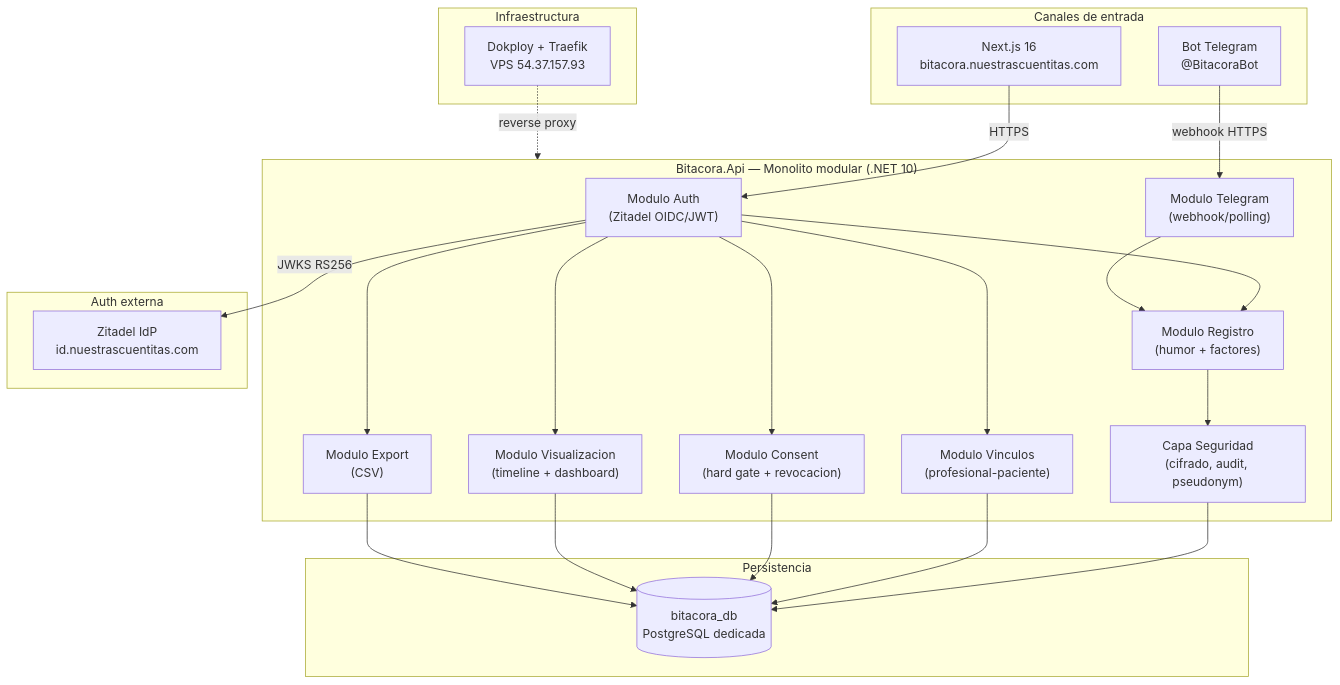
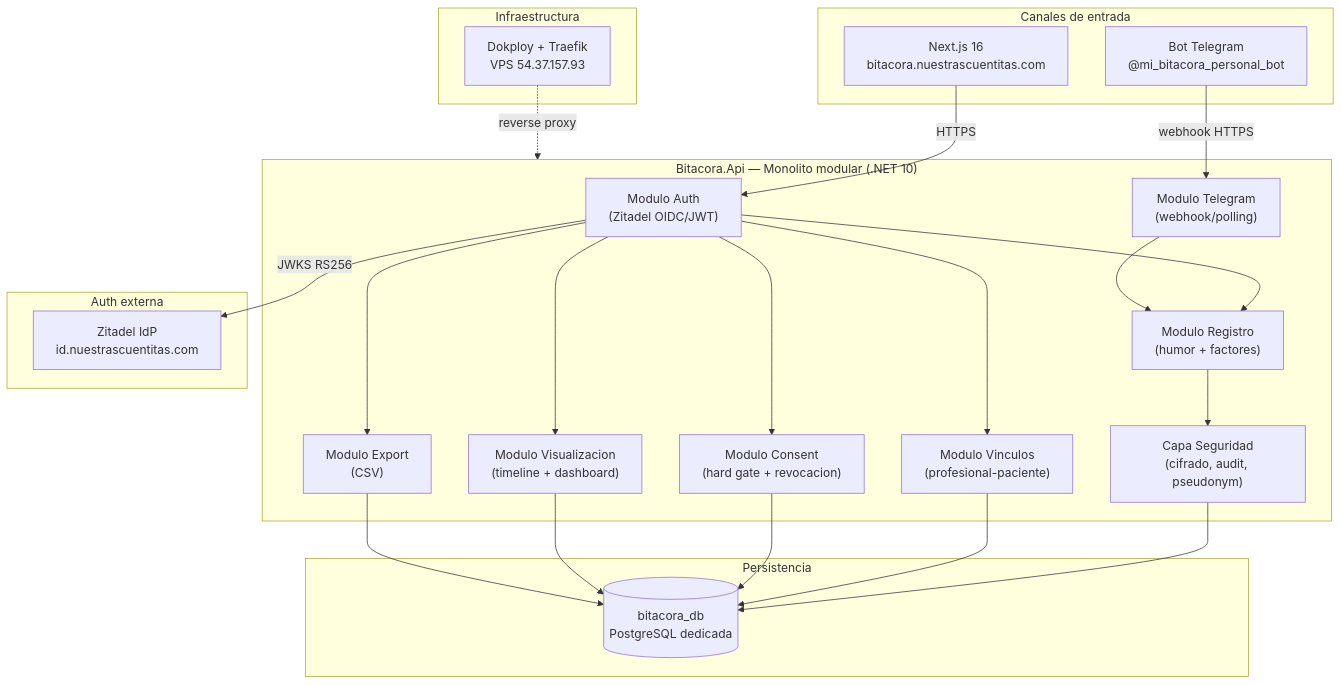
Before and after one commit to fgpaz/bitacora: the first of 2 diagrams in .docs/wiki/02_arquitectura.md, drawn with Mermaid. The commit also changed 8 other files, not shown here.

````diff
--- a/.docs/wiki/02_arquitectura.md
+++ b/.docs/wiki/02_arquitectura.md
@@ -18,47 +18,47 @@
 ```mermaid
 graph TB
     subgraph Clientes["Canales de entrada"]
         WEB["Next.js 16<br/>bitacora.nuestrascuentitas.com"]
-        TG["Bot Telegram<br/>@BitacoraBot"]
+        TG["Bot Telegram<br/>@mi_bitacora_personal_bot"]
     end
 
     subgraph Backend["Bitacora.Api — Monolito modular (.NET 10)"]
         AUTH["Modulo Auth<br/>(Zitadel OIDC/JWT)"]
         REG["Modulo Registro<br/>(humor + factores)"]
         CONS["Modulo Consent<br/>(hard gate + revocacion)"]
         VINC["Modulo Vinculos<br/>(profesional-paciente)"]
         VIS["Modulo Visualizacion<br/>(timeline + dashboard)"]
         TGMOD["Modulo Telegram<br/>(webhook/polling)"]
         EXP["Modulo Export<br/>(CSV)"]
         SEC["Capa Seguridad<br/>(cifrado, audit, pseudonym)"]
     end
 
     subgraph Data["Persistencia"]
         PG[("bitacora_db<br/>PostgreSQL dedicada")]
     end
 
     subgraph ExtAuth["Auth externa"]
         ZITADEL["Zitadel IdP<br/>id.nuestrascuentitas.com"]
     end
 
     subgraph Infra["Infraestructura"]
         DOK["Dokploy + Traefik<br/>VPS 54.37.157.93"]
     end
 
     WEB -->|HTTPS| AUTH
     TG -->|webhook HTTPS| TGMOD
     AUTH -->|JWKS RS256| ZITADEL
     AUTH --> REG
     AUTH --> CONS
     AUTH --> VINC
     AUTH --> VIS
     AUTH --> EXP
     TGMOD --> REG
     REG --> SEC
     SEC --> PG
     VINC --> PG
     CONS --> PG
     VIS --> PG
     EXP --> PG
     DOK -.->|reverse proxy| Backend
 ```
````
